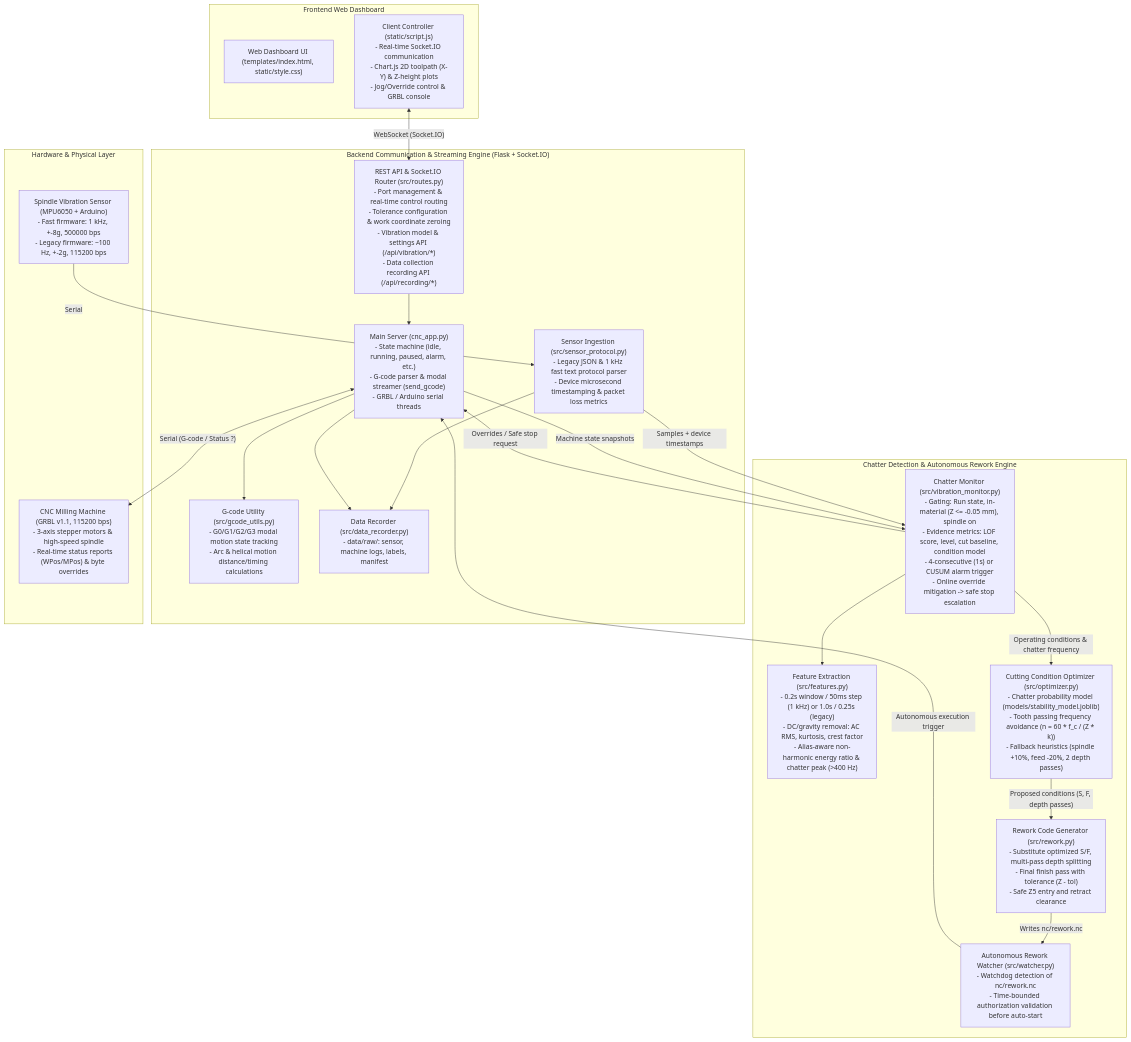
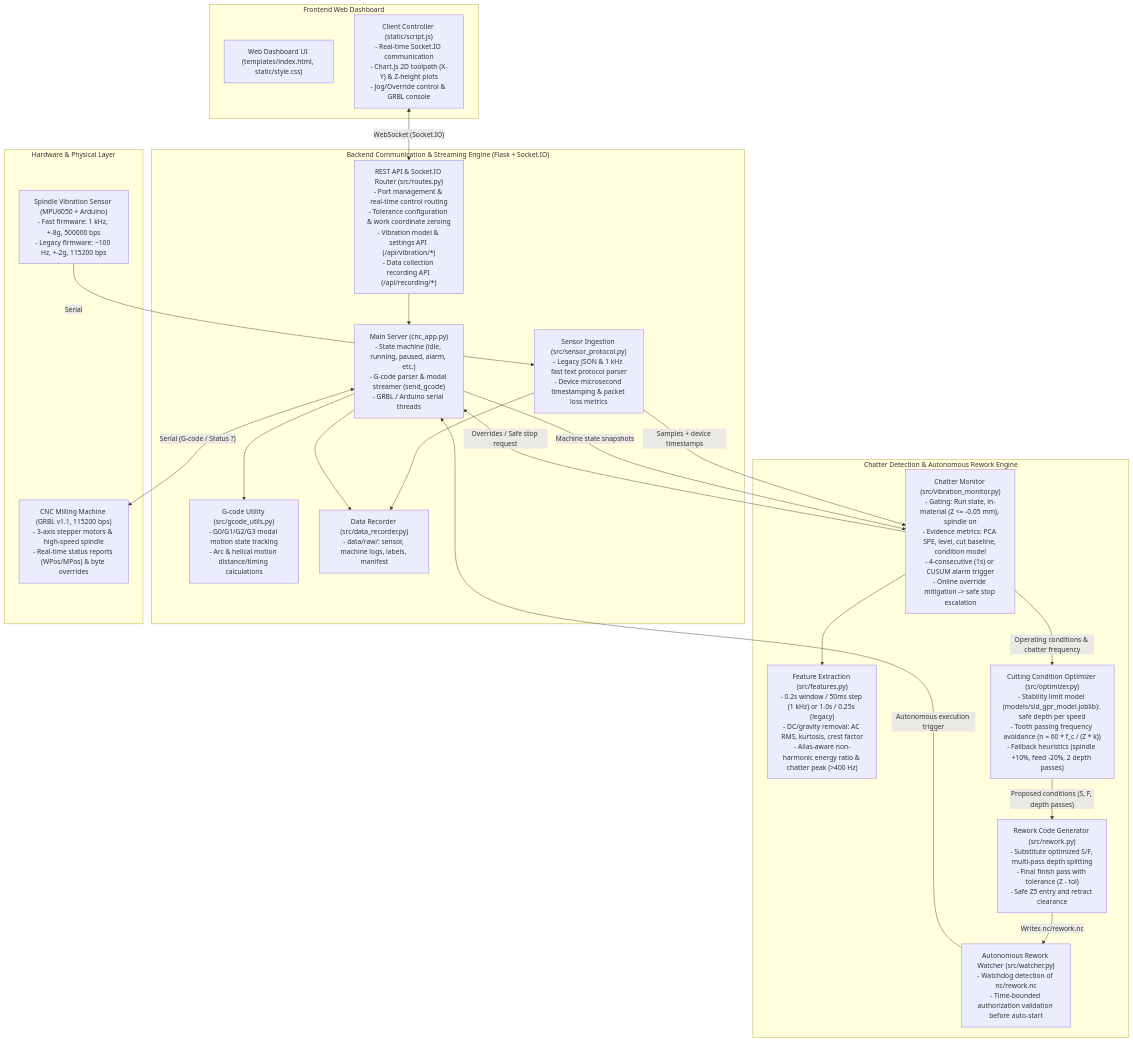
One commit to OrcusExtreme/VibraLoop changed the first of 3 diagrams in README.md. Above: the diagram before and after it, drawn with Mermaid. The commit also changed other lines of this file and 21 other files, not shown here.

````diff
--- a/README.md
+++ b/README.md
@@ -14,44 +14,44 @@
 ```mermaid
 flowchart TB
     subgraph Frontend ["Frontend Web Dashboard"]
         UI["Web Dashboard UI (templates/index.html, static/style.css)"]
         JS["Client Controller (static/script.js)\n- Real-time Socket.IO communication\n- Chart.js 2D toolpath (X-Y) & Z-height plots\n- Jog/Override control & GRBL console"]
     end
 
     subgraph Backend ["Backend Communication & Streaming Engine (Flask + Socket.IO)"]
         App["Main Server (cnc_app.py)\n- State machine (idle, running, paused, alarm, etc.)\n- G-code parser & modal streamer (send_gcode)\n- GRBL / Arduino serial threads"]
         Routes["REST API & Socket.IO Router (src/routes.py)\n- Port management & real-time control routing\n- Tolerance configuration & work coordinate zeroing\n- Vibration model & settings API (/api/vibration/*)\n- Data collection recording API (/api/recording/*)"]
         GCodeUtil["G-code Utility (src/gcode_utils.py)\n- G0/G1/G2/G3 modal motion state tracking\n- Arc & helical motion distance/timing calculations"]
         Sensor["Sensor Ingestion (src/sensor_protocol.py)\n- Legacy JSON & 1 kHz fast text protocol parser\n- Device microsecond timestamping & packet loss metrics"]
         Rec["Data Recorder (src/data_recorder.py)\n- data/raw/: sensor, machine logs, labels, manifest"]
     end
 
     subgraph Intelligence ["Chatter Detection & Autonomous Rework Engine"]
         Feat["Feature Extraction (src/features.py)\n- 0.2s window / 50ms step (1 kHz) or 1.0s / 0.25s (legacy)\n- DC/gravity removal: AC RMS, kurtosis, crest factor\n- Alias-aware non-harmonic energy ratio & chatter peak (>400 Hz)"]
-        VMon["Chatter Monitor (src/vibration_monitor.py)\n- Gating: Run state, in-material (Z <= -0.05 mm), spindle on\n- Evidence metrics: LOF score, level, cut baseline, condition model\n- 4-consecutive (1s) or CUSUM alarm trigger\n- Online override mitigation -> safe stop escalation"]
-        Opt["Cutting Condition Optimizer (src/optimizer.py)\n- Chatter probability model (models/stability_model.joblib)\n- Tooth passing frequency avoidance (n = 60 * f_c / (Z * k))\n- Fallback heuristics (spindle +10%, feed -20%, 2 depth passes)"]
+        VMon["Chatter Monitor (src/vibration_monitor.py)\n- Gating: Run state, in-material (Z <= -0.05 mm), spindle on\n- Evidence metrics: PCA SPE, level, cut baseline, condition model\n- 4-consecutive (1s) or CUSUM alarm trigger\n- Online override mitigation -> safe stop escalation"]
+        Opt["Cutting Condition Optimizer (src/optimizer.py)\n- Stability limit model (models/sld_gpr_model.joblib): safe depth per speed\n- Tooth passing frequency avoidance (n = 60 * f_c / (Z * k))\n- Fallback heuristics (spindle +10%, feed -20%, 2 depth passes)"]
         Rework["Rework Code Generator (src/rework.py)\n- Substitute optimized S/F, multi-pass depth splitting\n- Final finish pass with tolerance (Z - tol)\n- Safe Z5 entry and retract clearance"]
         Watcher["Autonomous Rework Watcher (src/watcher.py)\n- Watchdog detection of nc/rework.nc\n- Time-bounded authorization validation before auto-start"]
     end
 
     subgraph Hardware ["Hardware & Physical Layer"]
         GRBL["CNC Milling Machine (GRBL v1.1, 115200 bps)\n- 3-axis stepper motors & high-speed spindle\n- Real-time status reports (WPos/MPos) & byte overrides"]
         Arduino["Spindle Vibration Sensor (MPU6050 + Arduino)\n- Fast firmware: 1 kHz, +-8g, 500000 bps\n- Legacy firmware: ~100 Hz, +-2g, 115200 bps"]
     end
 
     JS <-->|"WebSocket (Socket.IO)"| Routes
     Routes --> App
     App --> GCodeUtil
     App <-->|"Serial (G-code / Status ?)"| GRBL
     Arduino -->|"Serial"| Sensor
     Sensor -->|"Samples + device timestamps"| VMon
     Sensor --> Rec
     App -->|"Machine state snapshots"| VMon
     App --> Rec
     VMon --> Feat
     VMon -->|"Overrides / Safe stop request"| App
     VMon -->|"Operating conditions & chatter frequency"| Opt
     Opt -->|"Proposed conditions (S, F, depth passes)"| Rework
     Rework -->|"Writes nc/rework.nc"| Watcher
     Watcher -->|"Autonomous execution trigger"| App
 ```
````
